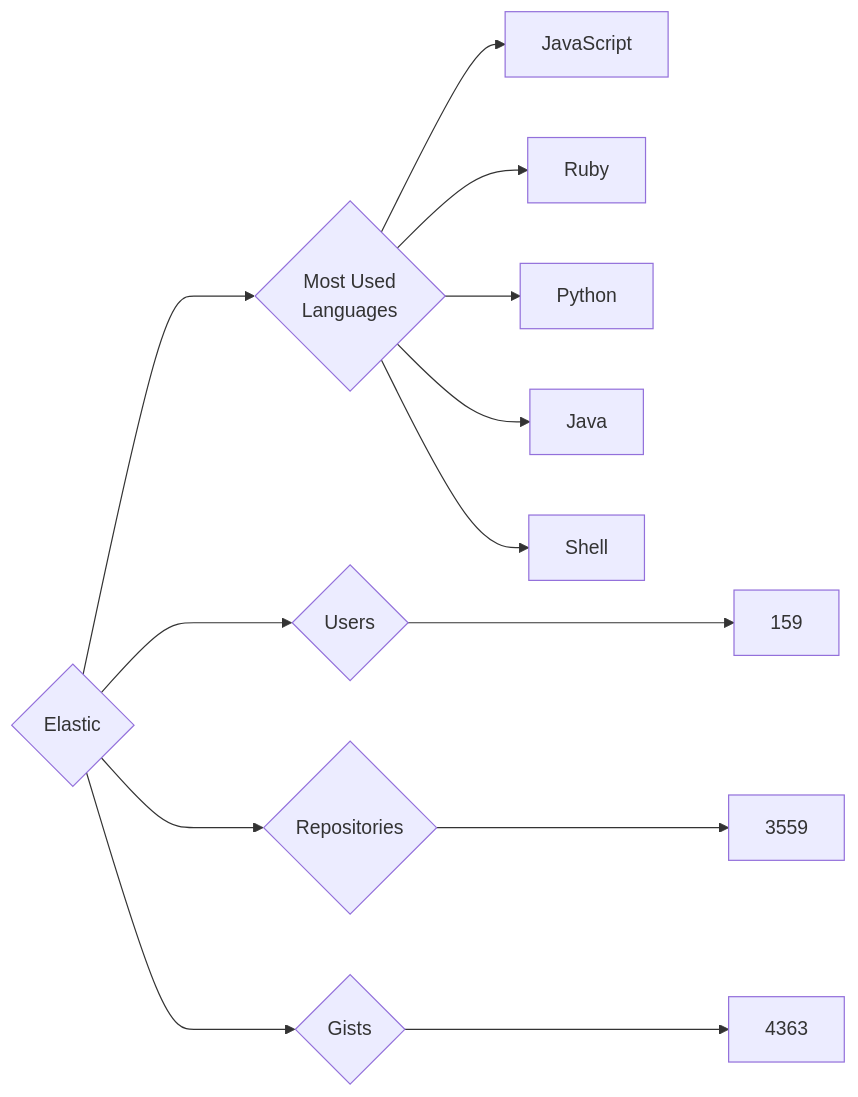
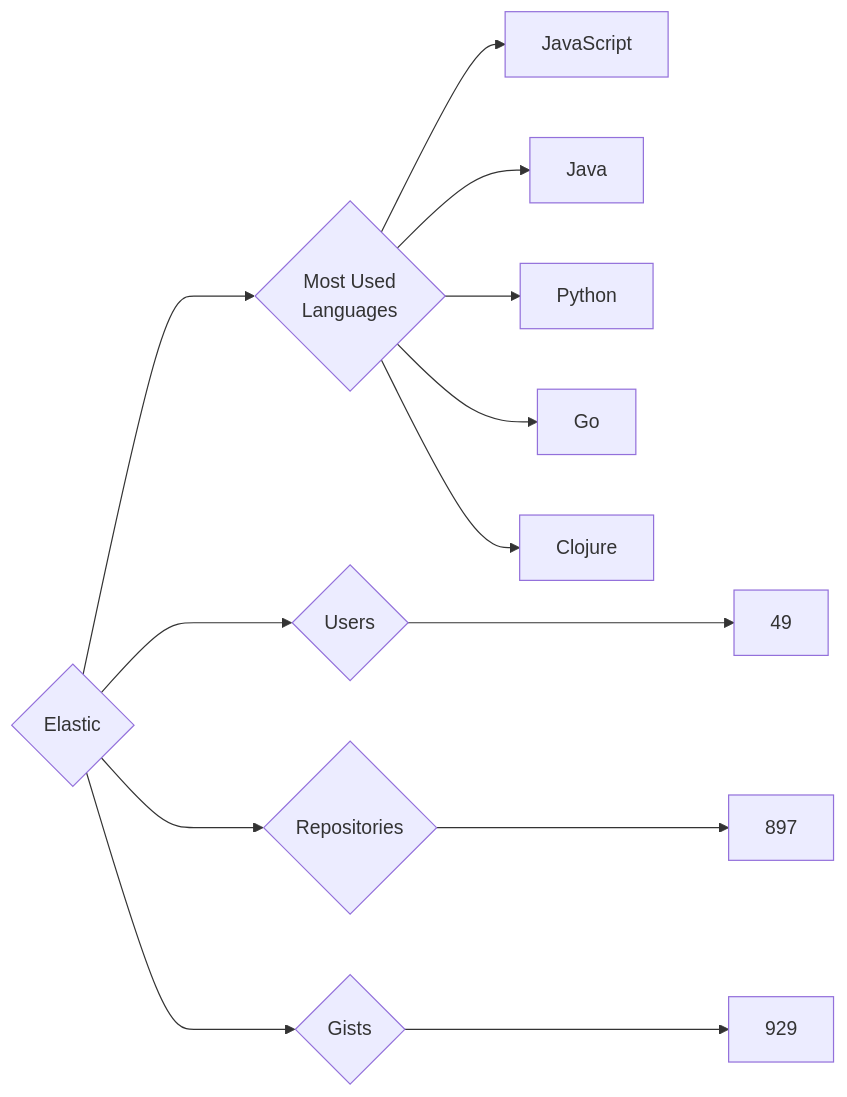
The diagram in targets/Elastic/README.md (trickest/insiders), drawn with Mermaid before and after one commit. The commit also changed 681 other files, not shown here.

````diff
--- a/targets/Elastic/README.md
+++ b/targets/Elastic/README.md
@@ -3,13 +3,13 @@
 ```mermaid
 graph LR
 COMPANY_NAME{Elastic}
-COMPANY_NAME ---> U{Users} ---> UN[159]
-COMPANY_NAME ---> R{Repositories} ---> RN[3559]
-COMPANY_NAME ---> G{Gists} ---> GN[4363]
+COMPANY_NAME ---> U{Users} ---> UN[49]
+COMPANY_NAME ---> R{Repositories} ---> RN[897]
+COMPANY_NAME ---> G{Gists} ---> GN[929]
 COMPANY_NAME ---> ML{Most Used<br>Languages}
 ML --> JavaScript[JavaScript]
-ML --> Ruby[Ruby]
+ML --> Java[Java]
 ML --> Python[Python]
-ML --> Java[Java]
-ML --> Shell[Shell]
+ML --> Go[Go]
+ML --> Clojure[Clojure]
 ```
````
